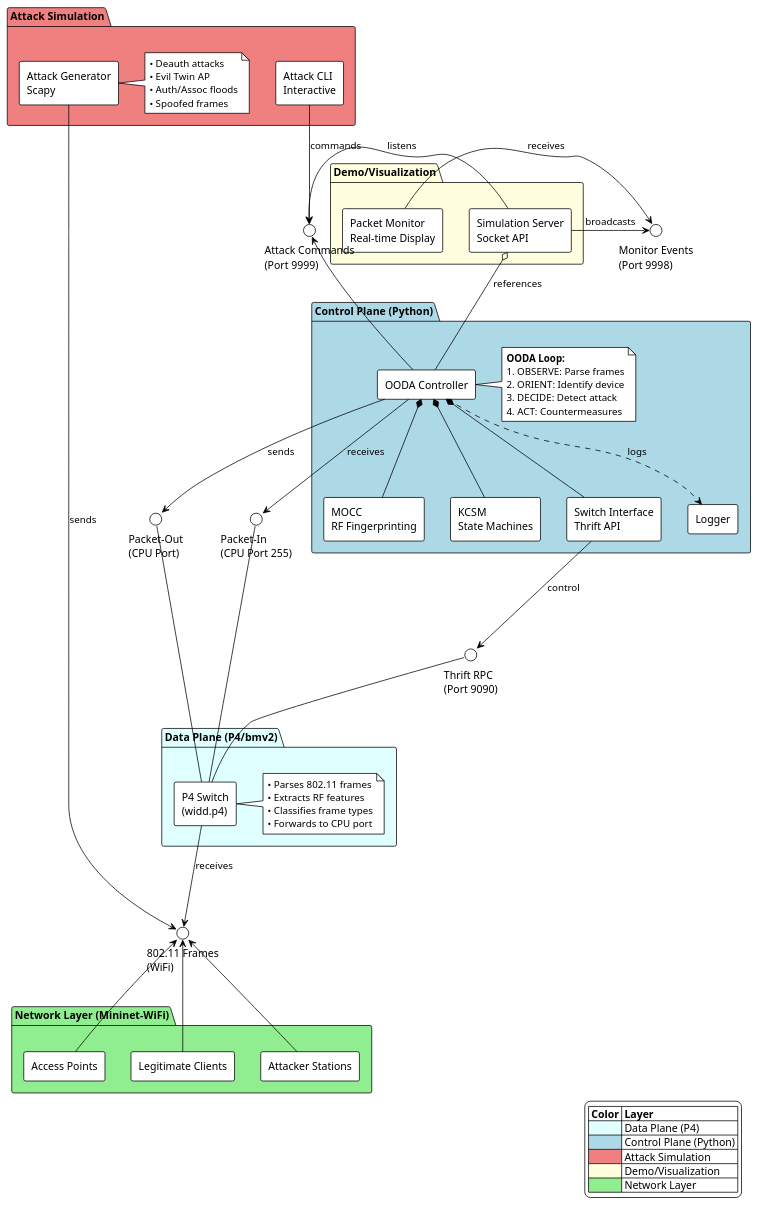
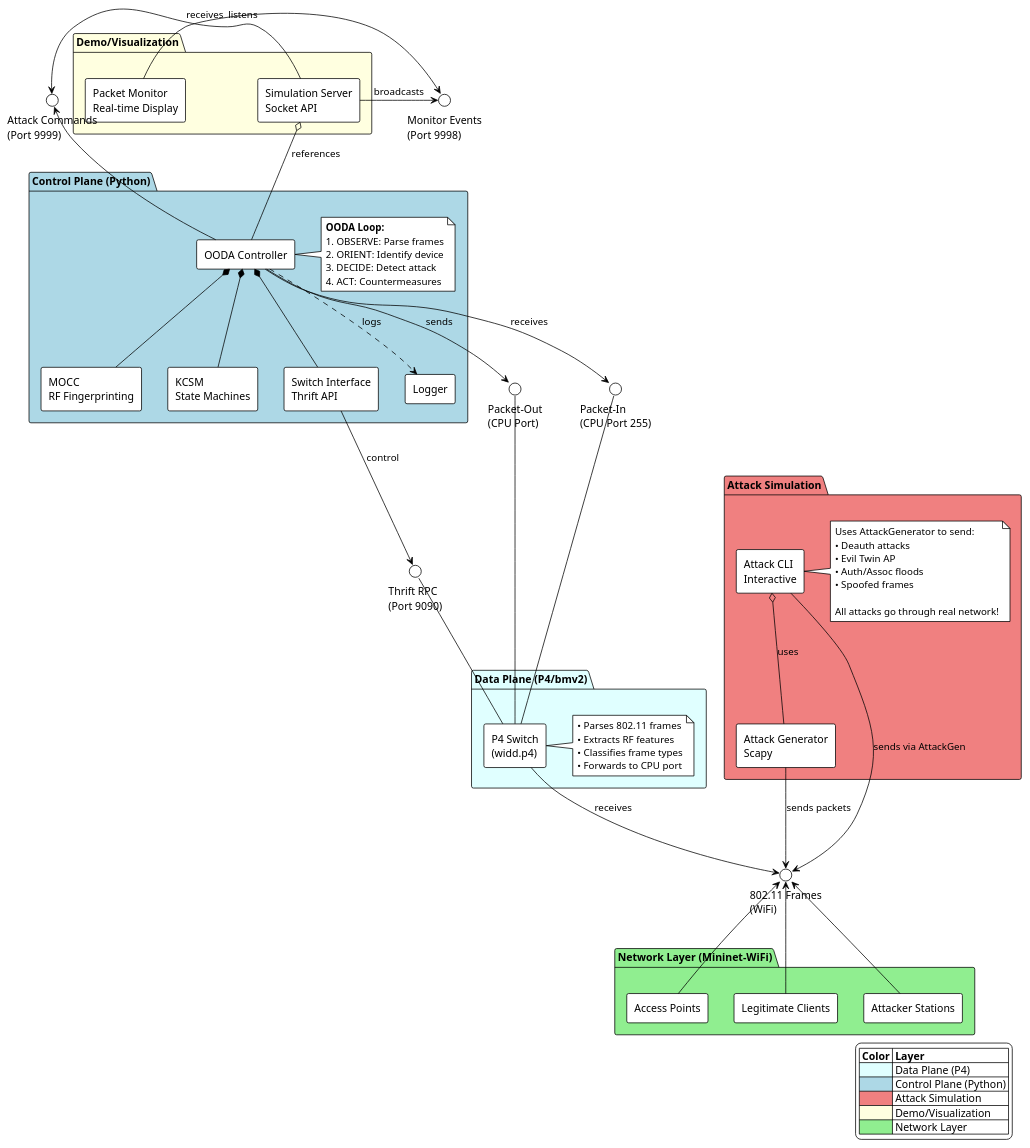
One commit to AhmedGharib0014/widd-simulation_p4 changed the diagram in docs/component_diagram.puml. Above: the diagram before and after it, drawn with PlantUML. The commit also changed 3 other files, not shown here.

First line of the commit message:
Refactor attack CLI to send real packets through network instead of simulation bypass

```diff
--- a/docs/component_diagram.puml
+++ b/docs/component_diagram.puml
@@ -1,114 +1,118 @@
 @startuml WIDD Component Architecture
 
 !theme plain
 skinparam componentStyle rectangle
 skinparam backgroundColor #FFFFFF
 
 ' ==================== COMPONENTS ====================
 
 package "Data Plane (P4/bmv2)" as DataPlane #LightCyan {
     component [P4 Switch\n(widd.p4)] as P4Switch
 
     note right of P4Switch
         • Parses 802.11 frames
         • Extracts RF features
         • Classifies frame types
         • Forwards to CPU port
     end note
 }
 
 package "Control Plane (Python)" as ControlPlane #LightBlue {
     component [OODA Controller] as OODA
     component [MOCC\nRF Fingerprinting] as MOCC
     component [KCSM\nState Machines] as KCSM
     component [Switch Interface\nThrift API] as SwitchInterface
     component [Logger] as Logger
 
     note right of OODA
         **OODA Loop:**
         1. OBSERVE: Parse frames
         2. ORIENT: Identify device
         3. DECIDE: Detect attack
         4. ACT: Countermeasures
     end note
 }
 
 package "Attack Simulation" as AttackSim #LightCoral {
     component [Attack Generator\nScapy] as AttackGen
     component [Attack CLI\nInteractive] as AttackCLI
 
-    note right of AttackGen
+    note right of AttackCLI
+        Uses AttackGenerator to send:
         • Deauth attacks
         • Evil Twin AP
         • Auth/Assoc floods
         • Spoofed frames
+
+        All attacks go through real network!
     end note
 }
 
 package "Demo/Visualization" as Demo #LightYellow {
     component [Simulation Server\nSocket API] as SimServer
     component [Packet Monitor\nReal-time Display] as Monitor
 }
 
 package "Network Layer (Mininet-WiFi)" as Network #LightGreen {
     component [Access Points] as APs
     component [Legitimate Clients] as Clients
     component [Attacker Stations] as Attackers
 }
 
 ' ==================== INTERFACES ====================
 
 interface "Packet-In\n(CPU Port 255)" as PacketIn
 interface "Packet-Out\n(CPU Port)" as PacketOut
 interface "Thrift RPC\n(Port 9090)" as ThriftRPC
 interface "Attack Commands\n(Port 9999)" as AttackAPI
 interface "Monitor Events\n(Port 9998)" as MonitorAPI
 interface "802.11 Frames\n(WiFi)" as WiFiFrames
 
 ' ==================== CONNECTIONS ====================
 
 ' Data Plane <-> Control Plane
 P4Switch -up- PacketIn
 P4Switch -up- PacketOut
 P4Switch -up- ThriftRPC
 
 OODA -down-> PacketIn : receives
 OODA -down-> PacketOut : sends
 SwitchInterface -down-> ThriftRPC : control
 
 ' Control Plane Internal
 OODA *-- MOCC
 OODA *-- KCSM
 OODA *-- SwitchInterface
 OODA ..> Logger : logs
 
 ' Control Plane <-> Demo
 OODA -left-> AttackAPI
 SimServer -left-> AttackAPI : listens
 SimServer -left-> MonitorAPI : broadcasts
 Monitor -left-> MonitorAPI : receives
 
 SimServer o-- OODA : references
 
 ' Attack Simulation <-> Data Plane
-AttackGen -down-> WiFiFrames : sends
-AttackCLI -down-> AttackAPI : commands
+AttackCLI o-- AttackGen : uses
+AttackGen -down-> WiFiFrames : sends packets
+AttackCLI -down-> WiFiFrames : sends via AttackGen
 
 ' Network Layer <-> Data Plane
 APs -up-> WiFiFrames
 Clients -up-> WiFiFrames
 Attackers -up-> WiFiFrames
 P4Switch -down-> WiFiFrames : receives
 
 ' ==================== LEGENDS ====================
 
 legend right
     |= Color |= Layer |
     | <#LightCyan> | Data Plane (P4) |
     | <#LightBlue> | Control Plane (Python) |
     | <#LightCoral> | Attack Simulation |
     | <#LightYellow> | Demo/Visualization |
     | <#LightGreen> | Network Layer |
 endlegend
 
 @enduml
```
